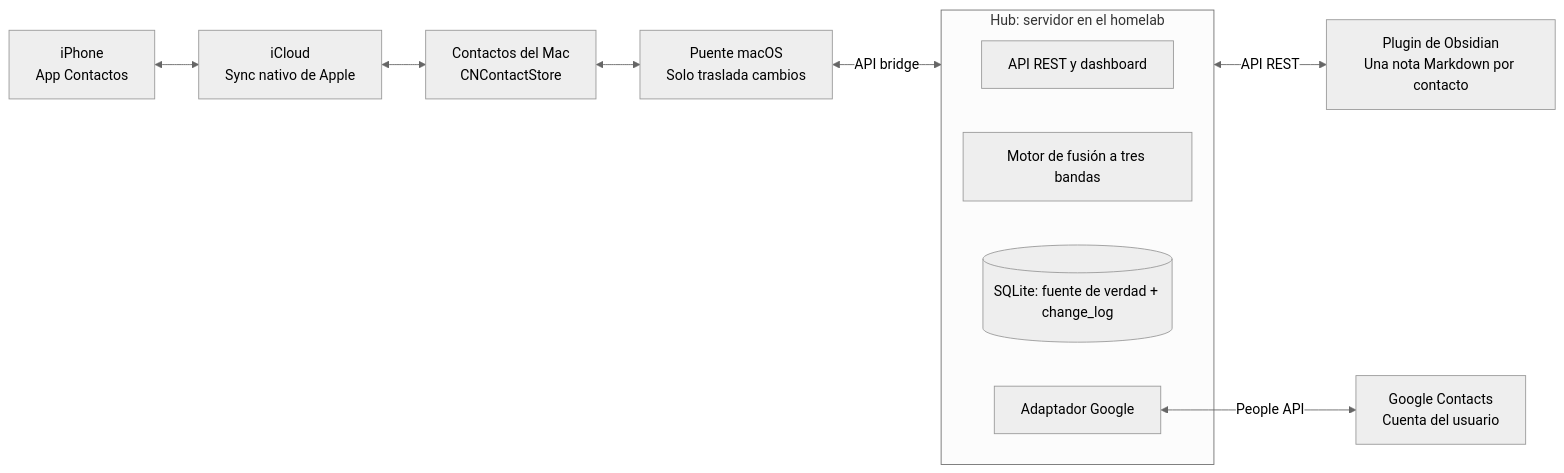
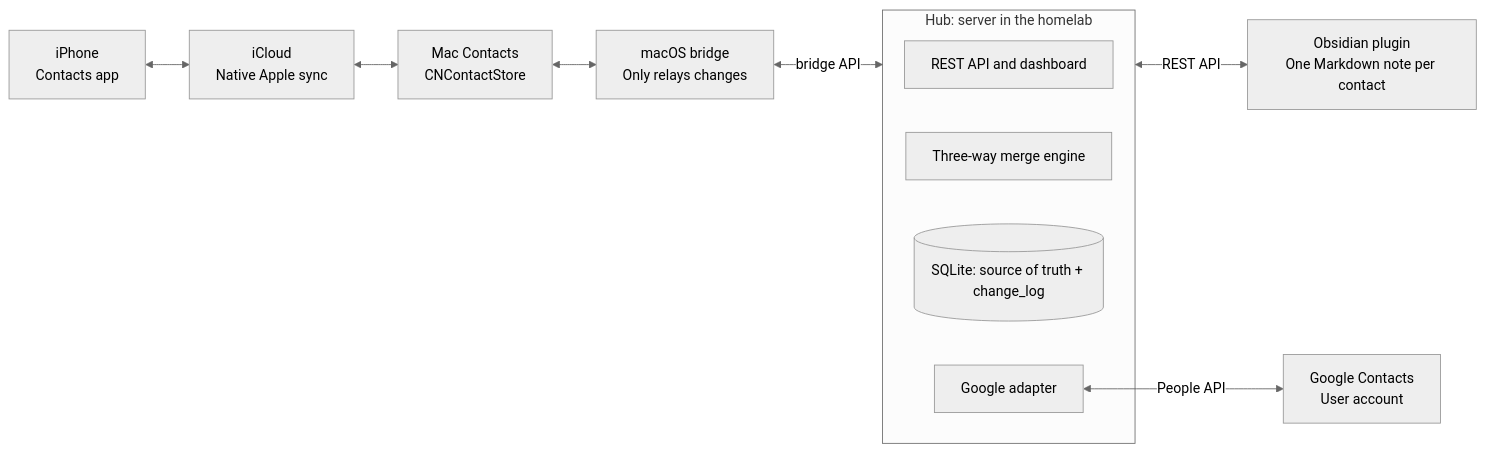
Before and after one commit to brevolt/brevolt: the diagram in docs/spec.md, drawn with Mermaid (neutral theme). The commit also changed other lines of this file and 2 other files, not shown here.

````diff
--- a/docs/spec.md
+++ b/docs/spec.md
@@ -38,15 +38,15 @@
 ```mermaid
 flowchart LR
-    iPhone["iPhone<br/>App Contactos"] <--> iCloud["iCloud<br/>Sync nativo de Apple"]
-    iCloud <--> MacContacts["Contactos del Mac<br/>CNContactStore"]
-    MacContacts <--> Bridge["Puente macOS<br/>Solo traslada cambios"]
-    Bridge <-->|API bridge| Hub
-    subgraph Hub["Hub: servidor en el homelab"]
-        API["API REST y dashboard"]
-        Merge["Motor de fusión a tres bandas"]
-        DB[("SQLite: fuente de verdad + change_log")]
-        GAdapter["Adaptador Google"]
+    iPhone["iPhone<br/>Contacts app"] <--> iCloud["iCloud<br/>Native Apple sync"]
+    iCloud <--> MacContacts["Mac Contacts<br/>CNContactStore"]
+    MacContacts <--> Bridge["macOS bridge<br/>Only relays changes"]
+    Bridge <-->|bridge API| Hub
+    subgraph Hub["Hub: server in the homelab"]
+        API["REST API and dashboard"]
+        Merge["Three-way merge engine"]
+        DB[("SQLite: source of truth + change_log")]
+        GAdapter["Google adapter"]
     end
-    GAdapter <-->|People API| Google["Google Contacts<br/>Cuenta del usuario"]
-    Hub <-->|API REST| Plugin["Plugin de Obsidian<br/>Una nota Markdown por contacto"]
+    GAdapter <-->|People API| Google["Google Contacts<br/>User account"]
+    Hub <-->|REST API| Plugin["Obsidian plugin<br/>One Markdown note per contact"]
 ```
````
